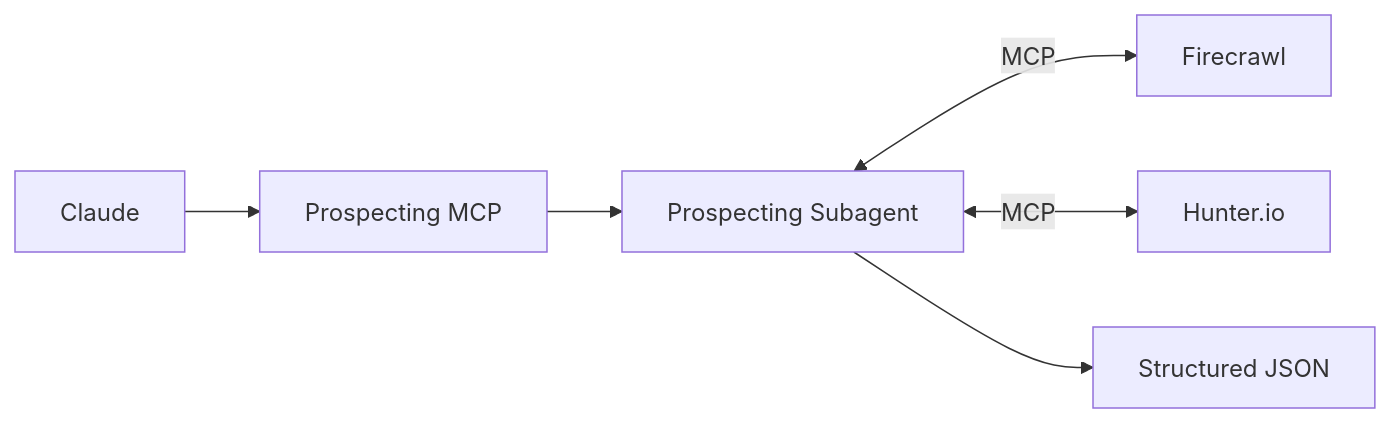
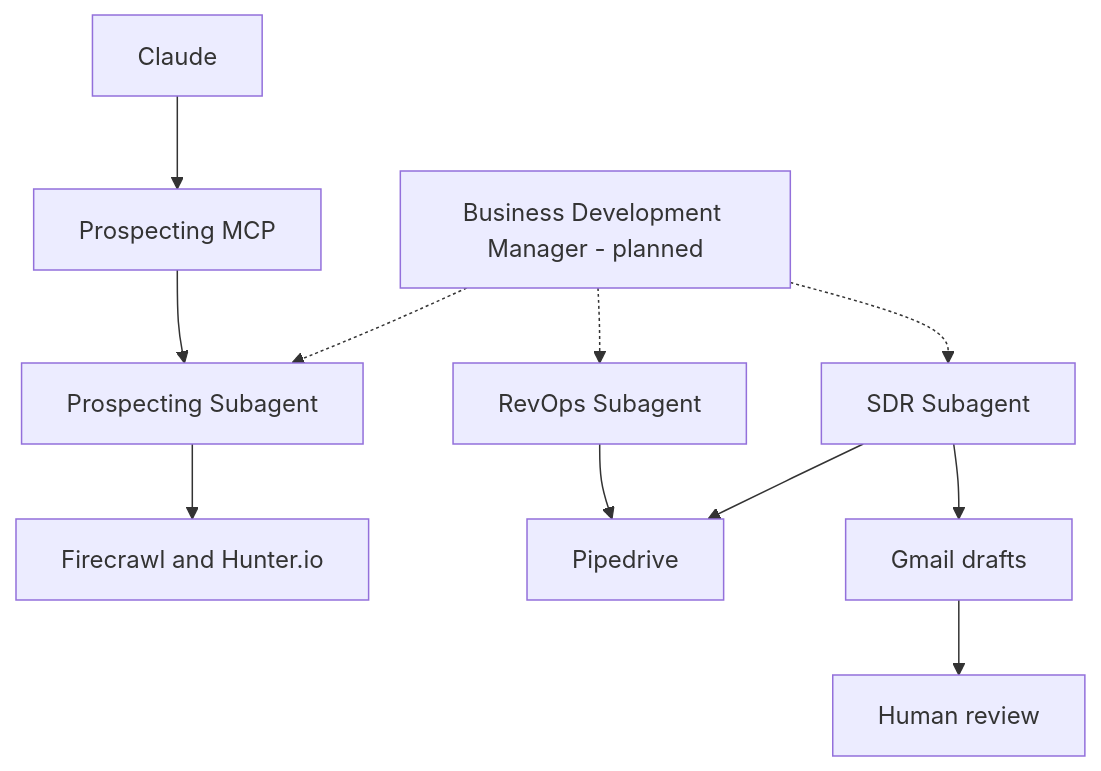
The diagram in projects/11-amplify-sales-prospecting/README.md (wagner-stoffel/portfolio), drawn with Mermaid before and after one commit. The commit also changed other lines of this file, not shown here.

Commit message:
Update AMPLIFY Project 11 with RevOps and SDR phase

````diff
--- a/projects/11-amplify-sales-prospecting/README.md
+++ b/projects/11-amplify-sales-prospecting/README.md
@@ -17,8 +26,13 @@
 ```mermaid
-flowchart LR
-    C[Claude] --> S[Prospecting MCP]
-    S --> A[Prospecting Subagent]
-    A <-->|MCP| F[Firecrawl]
-    A <-->|MCP| H[Hunter.io]
-    A --> J[Structured JSON]
+flowchart TB
+    C[Claude] --> M[Prospecting MCP]
+    M --> P[Prospecting Subagent]
+    B[Business Development Manager - planned] -.-> P
+    B -.-> R[RevOps Subagent]
+    B -.-> S[SDR Subagent]
+    P --> F[Firecrawl and Hunter.io]
+    R --> D[Pipedrive]
+    S --> D
+    S --> G[Gmail drafts]
+    G --> H[Human review]
 ```
````
